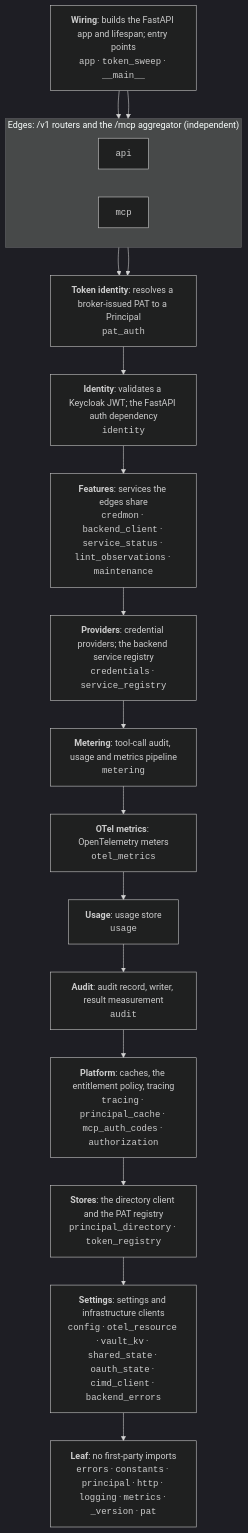
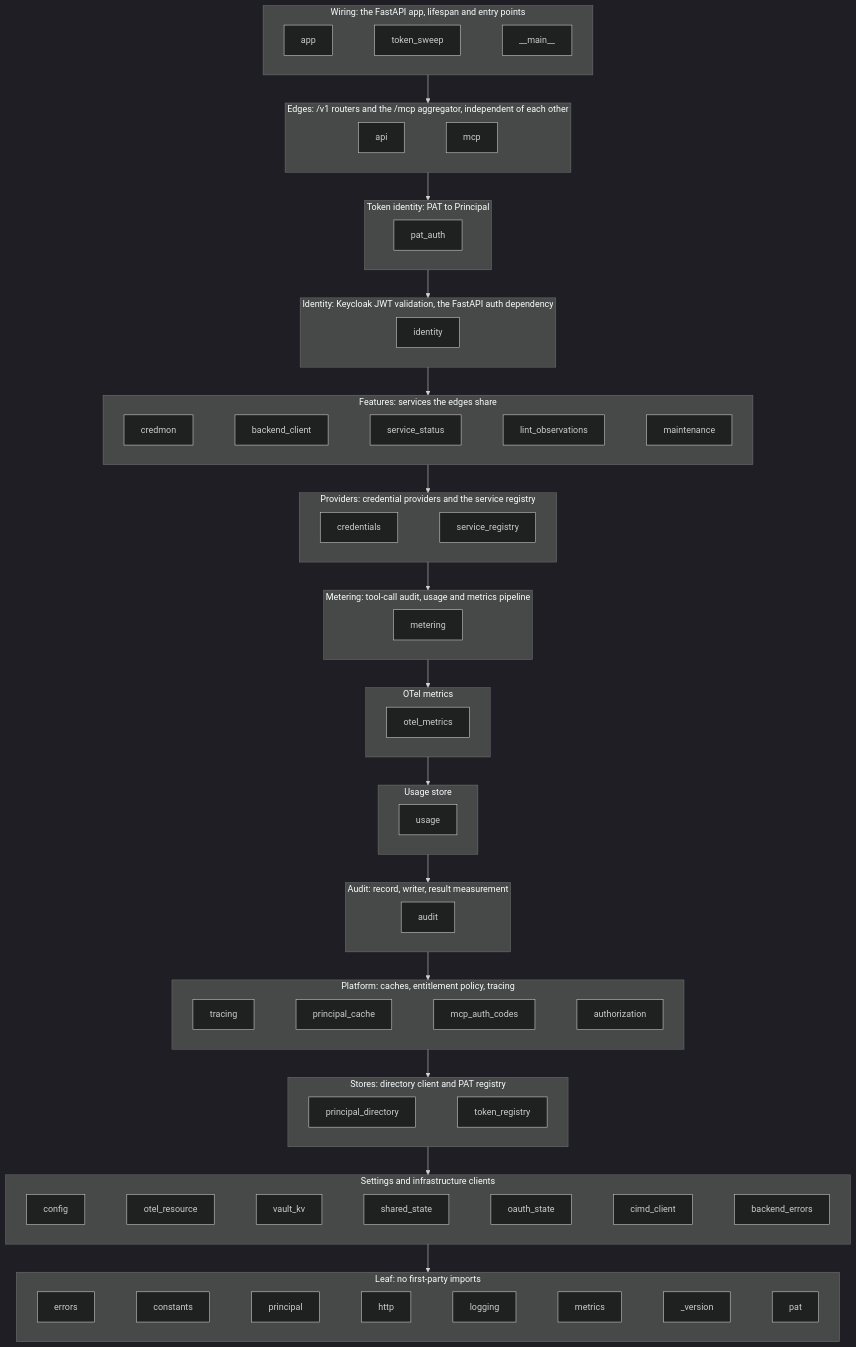
One commit to maniaclab/af-mcp-platform changed the diagram in docs/architecture.md. Above: the diagram before and after it, drawn with Mermaid (dark theme). The commit also changed other lines of this file, not shown here.

Commit message:
docs(architecture): lay out each import layer as a row of modules
Each layer is now a band with one box per module side by side (direction
LR plus invisible links, since dagre stacks unlinked nodes vertically),
with one arrow per layer boundary. The caption states what the contract
enforces: modules in a band are independent siblings.

````diff
--- a/docs/architecture.md
+++ b/docs/architecture.md
@@ -328,25 +329,93 @@
 ```mermaid
 flowchart TB
-    wiring["<b>Wiring</b>: builds the FastAPI app and lifespan; entry points<br/><code>app</code> · <code>token_sweep</code> · <code>__main__</code>"]
-    subgraph edges["Edges: /v1 routers and the /mcp aggregator (independent)"]
+    subgraph wiring["Wiring: the FastAPI app, lifespan and entry points"]
         direction LR
-        api["<code>api</code>"]
-        mcp["<code>mcp</code>"]
+        m_app["app"]
+        m_token_sweep["token_sweep"]
+        m_main["__main__"]
+        m_app ~~~ m_token_sweep ~~~ m_main
     end
-    pat_auth["<b>Token identity</b>: resolves a broker-issued PAT to a Principal<br/><code>pat_auth</code>"]
-    identity["<b>Identity</b>: validates a Keycloak JWT; the FastAPI auth dependency<br/><code>identity</code>"]
-    features["<b>Features</b>: services the edges share<br/><code>credmon</code> · <code>backend_client</code> · <code>service_status</code> · <code>lint_observations</code> · <code>maintenance</code>"]
-    providers["<b>Providers</b>: credential providers; the backend service registry<br/><code>credentials</code> · <code>service_registry</code>"]
-    metering["<b>Metering</b>: tool-call audit, usage and metrics pipeline<br/><code>metering</code>"]
-    otel["<b>OTel metrics</b>: OpenTelemetry meters<br/><code>otel_metrics</code>"]
-    usage["<b>Usage</b>: usage store<br/><code>usage</code>"]
-    audit["<b>Audit</b>: audit record, writer, result measurement<br/><code>audit</code>"]
-    platform["<b>Platform</b>: caches, the entitlement policy, tracing<br/><code>tracing</code> · <code>principal_cache</code> · <code>mcp_auth_codes</code> · <code>authorization</code>"]
-    stores["<b>Stores</b>: the directory client and the PAT registry<br/><code>principal_directory</code> · <code>token_registry</code>"]
-    settings["<b>Settings</b>: settings and infrastructure clients<br/><code>config</code> · <code>otel_resource</code> · <code>vault_kv</code> · <code>shared_state</code> · <code>oauth_state</code> · <code>cimd_client</code> · <code>backend_errors</code>"]
-    leaf["<b>Leaf</b>: no first-party imports<br/><code>errors</code> · <code>constants</code> · <code>principal</code> · <code>http</code> · <code>logging</code> · <code>metrics</code> · <code>_version</code> · <code>pat</code>"]
-
-    wiring --> api & mcp
-    api & mcp --> pat_auth
-    pat_auth --> identity --> features --> providers --> metering --> otel --> usage --> audit --> platform --> stores --> settings --> leaf
+    subgraph edges["Edges: /v1 routers and the /mcp aggregator, independent of each other"]
+        direction LR
+        m_api["api"]
+        m_mcp["mcp"]
+        m_api ~~~ m_mcp
+    end
+    subgraph tokenid["Token identity: PAT to Principal"]
+        direction LR
+        m_pat_auth["pat_auth"]
+    end
+    subgraph ident["Identity: Keycloak JWT validation, the FastAPI auth dependency"]
+        direction LR
+        m_identity["identity"]
+    end
+    subgraph features["Features: services the edges share"]
+        direction LR
+        m_credmon["credmon"]
+        m_backend_client["backend_client"]
+        m_service_status["service_status"]
+        m_lint_observations["lint_observations"]
+        m_maintenance["maintenance"]
+        m_credmon ~~~ m_backend_client ~~~ m_service_status ~~~ m_lint_observations ~~~ m_maintenance
+    end
+    subgraph providers["Providers: credential providers and the service registry"]
+        direction LR
+        m_credentials["credentials"]
+        m_service_registry["service_registry"]
+        m_credentials ~~~ m_service_registry
+    end
+    subgraph meteringL["Metering: tool-call audit, usage and metrics pipeline"]
+        direction LR
+        m_metering["metering"]
+    end
+    subgraph otelL["OTel metrics"]
+        direction LR
+        m_otel_metrics["otel_metrics"]
+    end
+    subgraph usageL["Usage store"]
+        direction LR
+        m_usage["usage"]
+    end
+    subgraph auditL["Audit: record, writer, result measurement"]
+        direction LR
+        m_audit["audit"]
+    end
+    subgraph platform["Platform: caches, entitlement policy, tracing"]
+        direction LR
+        m_tracing["tracing"]
+        m_principal_cache["principal_cache"]
+        m_mcp_auth_codes["mcp_auth_codes"]
+        m_authorization["authorization"]
+        m_tracing ~~~ m_principal_cache ~~~ m_mcp_auth_codes ~~~ m_authorization
+    end
+    subgraph stores["Stores: directory client and PAT registry"]
+        direction LR
+        m_principal_directory["principal_directory"]
+        m_token_registry["token_registry"]
+        m_principal_directory ~~~ m_token_registry
+    end
+    subgraph settings["Settings and infrastructure clients"]
+        direction LR
+        m_config["config"]
+        m_otel_resource["otel_resource"]
+        m_vault_kv["vault_kv"]
+        m_shared_state["shared_state"]
+        m_oauth_state["oauth_state"]
+        m_cimd_client["cimd_client"]
+        m_backend_errors["backend_errors"]
+        m_config ~~~ m_otel_resource ~~~ m_vault_kv ~~~ m_shared_state ~~~ m_oauth_state ~~~ m_cimd_client ~~~ m_backend_errors
+    end
+    subgraph leaf["Leaf: no first-party imports"]
+        direction LR
+        m_errors["errors"]
+        m_constants["constants"]
+        m_principal["principal"]
+        m_http["http"]
+        m_logging["logging"]
+        m_metrics["metrics"]
+        m_version["_version"]
+        m_pat["pat"]
+        m_errors ~~~ m_constants ~~~ m_principal ~~~ m_http ~~~ m_logging ~~~ m_metrics ~~~ m_version ~~~ m_pat
+    end
+    wiring --> edges --> tokenid --> ident --> features --> providers --> meteringL --> otelL --> usageL --> auditL --> platform --> stores --> settings --> leaf
 ```
````
